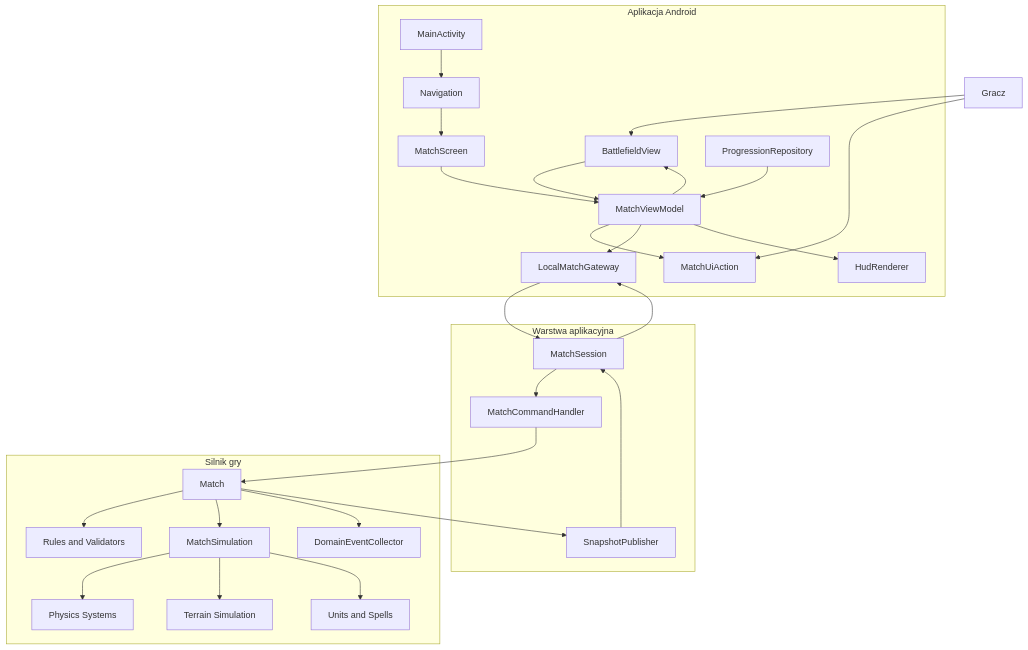
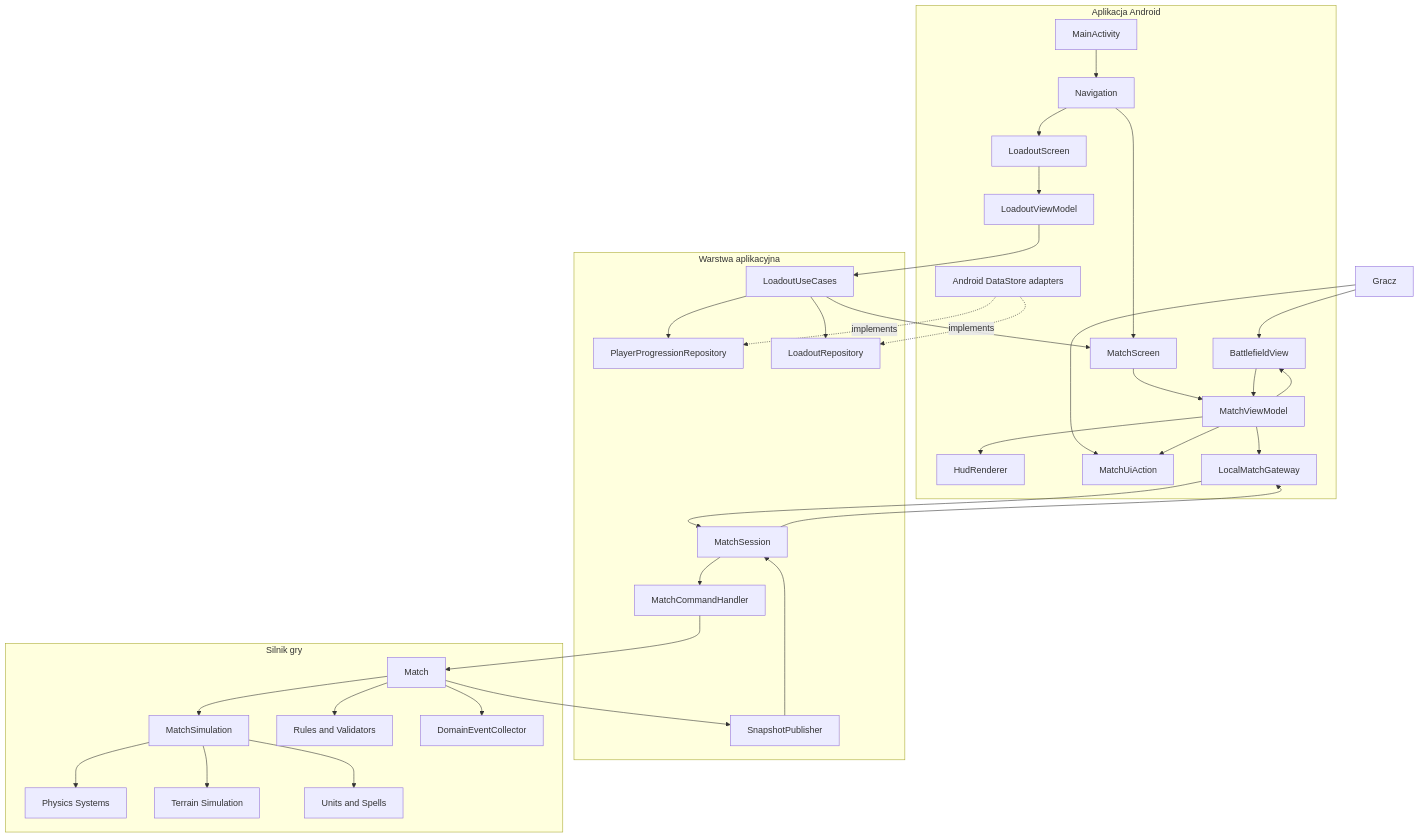
One commit to kokocinskimichal/urkaaz-catapult-chaos changed the first of 3 diagrams in architecture.md. Above: the diagram before and after it, drawn with Mermaid. The commit also changed other lines of this file and 48 other files, not shown here.

Commit message:
Implement persistent loadout progression flow

````diff
--- a/architecture.md
+++ b/architecture.md
@@ -49,56 +49,68 @@
 ```mermaid
 flowchart TB
     User[Gracz]
 
     subgraph Android["Aplikacja Android"]
         Activity[MainActivity]
         Navigation[Navigation]
+        LoadoutScreen[LoadoutScreen]
+        LoadoutViewModel[LoadoutViewModel]
         MatchScreen[MatchScreen]
         MatchViewModel[MatchViewModel]
         Battlefield[BattlefieldView]
         Hud[HudRenderer]
         UIActions[MatchUiAction]
         LocalGateway[LocalMatchGateway]
-        Persistence[ProgressionRepository]
+        Persistence[Android DataStore adapters]
     end
 
     subgraph Application["Warstwa aplikacyjna"]
+        LoadoutUseCases[LoadoutUseCases]
+        ProgressionPort[PlayerProgressionRepository]
+        LoadoutPort[LoadoutRepository]
         MatchSession[MatchSession]
         CommandHandler[MatchCommandHandler]
         SnapshotPublisher[SnapshotPublisher]
     end
 
     subgraph Core["Silnik gry"]
         Match[Match]
         Simulation[MatchSimulation]
         Rules[Rules and Validators]
         Physics[Physics Systems]
         Terrain[Terrain Simulation]
         Units[Units and Spells]
         Events[DomainEventCollector]
     end
 
     User --> Battlefield
     User --> UIActions
     Activity --> Navigation
+    Navigation --> LoadoutScreen
     Navigation --> MatchScreen
+    LoadoutScreen --> LoadoutViewModel
+    LoadoutViewModel --> LoadoutUseCases
+    LoadoutUseCases --> ProgressionPort
+    LoadoutUseCases --> LoadoutPort
+    Persistence -. implements .-> ProgressionPort
+    Persistence -. implements .-> LoadoutPort
+    LoadoutUseCases --> MatchScreen
     MatchScreen --> MatchViewModel
     Battlefield --> MatchViewModel
     MatchViewModel --> UIActions
     MatchViewModel --> LocalGateway
     MatchViewModel --> Hud
     MatchViewModel --> Battlefield
     LocalGateway --> MatchSession
     MatchSession --> CommandHandler
     CommandHandler --> Match
     Match --> Rules
     Match --> Simulation
     Simulation --> Physics
     Simulation --> Terrain
     Simulation --> Units
     Match --> Events
     Match --> SnapshotPublisher
     SnapshotPublisher --> MatchSession
     MatchSession --> LocalGateway
-    Persistence --> MatchViewModel
 ```
````
